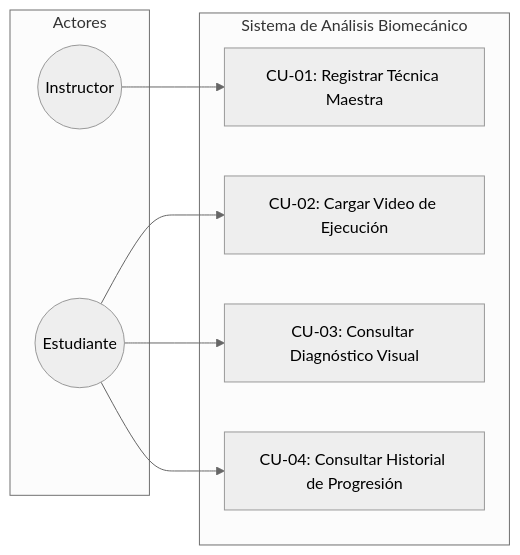
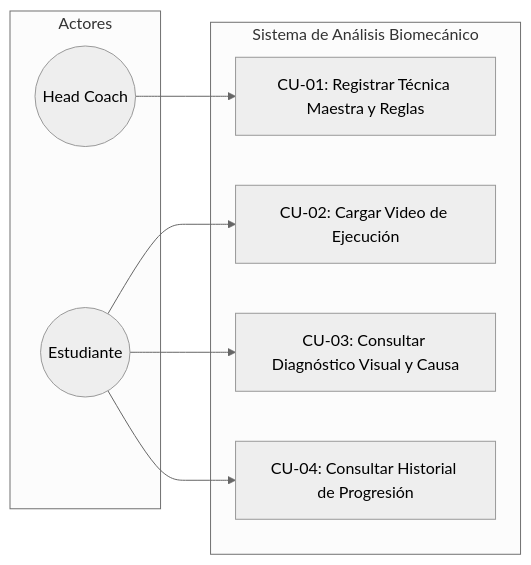
One commit to Tsmrain/JiuJitsu changed the second of 3 diagrams in README.md. Above: the diagram before and after it, drawn with Mermaid (neutral theme). The commit also changed other lines of this file, not shown here.

````diff
--- a/README.md
+++ b/README.md
@@ -578,19 +583,19 @@
 ```mermaid
 graph LR
     subgraph Actores
-        I(("Instructor"))
+        HC(("Head Coach"))
         E(("Estudiante"))
     end
 
     subgraph Sistema["Sistema de Análisis Biomecánico"]
-        CU01["CU-01: Registrar Técnica Maestra"]
+        CU01["CU-01: Registrar Técnica Maestra y Reglas"]
         CU02["CU-02: Cargar Video de Ejecución"]
-        CU03["CU-03: Consultar Diagnóstico Visual"]
+        CU03["CU-03: Consultar Diagnóstico Visual y Causa"]
         CU04["CU-04: Consultar Historial de Progresión"]
     end
 
-    I --> CU01
+    HC --> CU01
     E --> CU02
     E --> CU03
     E --> CU04
 ```
````
